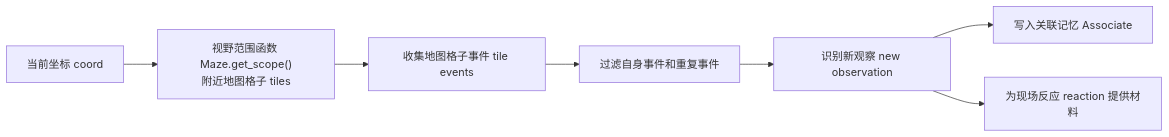
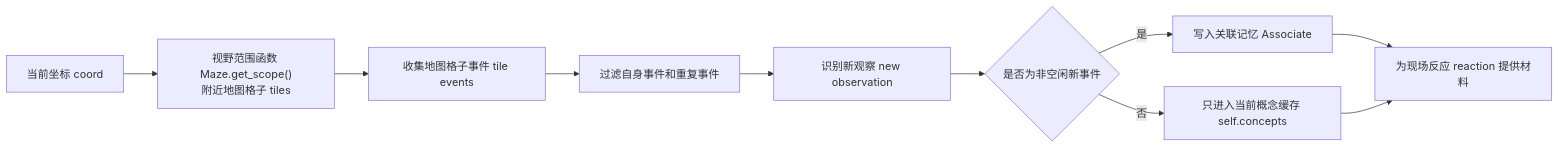
The first of 14 diagrams in docs/book/manuscript/part_03/chapter_17.md (tbkken/GenerativeAgentsCN), drawn with Mermaid before and after one commit. The commit also changed other lines of this file and 47 other files, not shown here.

````diff
--- a/docs/book/manuscript/part_03/chapter_17.md
+++ b/docs/book/manuscript/part_03/chapter_17.md
@@ -39,9 +83,12 @@
 ```mermaid
 flowchart LR
     Position["当前坐标 coord"] --> Scope["视野范围函数 Maze.get_scope()<br/>附近地图格子 tiles"]
     Scope --> Events["收集地图格子事件 tile events"]
     Events --> Filter["过滤自身事件和重复事件"]
     Filter --> New["识别新观察 new observation"]
-    New --> Memory["写入关联记忆 Associate"]
-    New --> Reaction["为现场反应 reaction 提供材料"]
+    New --> Valuable{"是否为非空闲新事件"}
+    Valuable -->|是| Memory["写入关联记忆 Associate"]
+    Valuable -->|否| Temp["只进入当前概念缓存 self.concepts"]
+    Memory --> Reaction["为现场反应 reaction 提供材料"]
+    Temp --> Reaction
 ```
````
